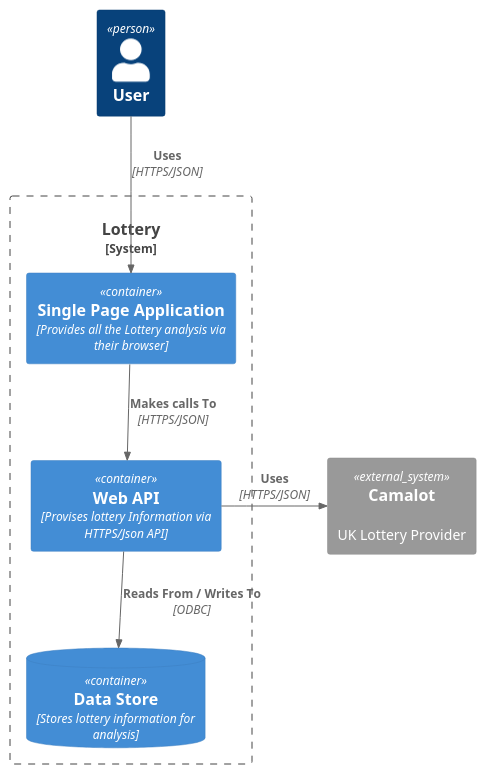
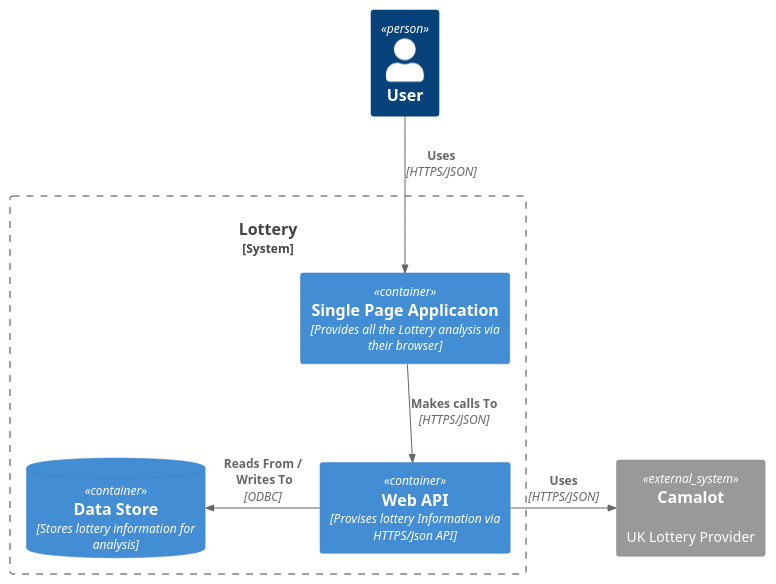
One commit to Kf-GaryNewport/Kf-GaryNewport.github.io changed the diagram in assets/Lottery/Lottery-Container.puml. Above: the diagram before and after it, drawn with PlantUML. The commit also changed 2 other files, not shown here.

```diff
--- a/assets/Lottery/Lottery-Container.puml
+++ b/assets/Lottery/Lottery-Container.puml
@@ -1,23 +1,23 @@
 @startuml FMLottery
 !includeurl https://raw.githubusercontent.com/RicardoNiepel/C4-PlantUML/release/1-0/C4_Container.puml
 
 'Person, Person_Ext, System, System_Ext, SystemDb, 
 'SystemDb_Ext, Boundary, System_Boundary, Enterprise_Boundary
 'Container, ContainerDb, Container_Boundary
 
 Person(User, "User")
 
 System_Boundary(Lottery, "Lottery") {
     Container(SPA, "Single Page Application", "Provides all the Lottery analysis via their browser")
     Container(API, "Web API", "Provises lottery Information via HTTPS/Json API")
     ContainerDb(LotteryDb, "Data Store", "Stores lottery information for analysis")
     
     Rel(SPA, API, "Makes calls To", "HTTPS/JSON")
-    Rel(API, LotteryDb, "Reads From / Writes To", "ODBC")  
+    Rel_L(API, LotteryDb, "Reads From /\n Writes To", "ODBC")  
 }
 
 System_Ext(Camalot,"Camalot","UK Lottery Provider")
 
 Rel(User, SPA, "Uses", "HTTPS/JSON")
 Rel_R(API, Camalot, "Uses", "HTTPS/JSON")  
 @enduml
```
